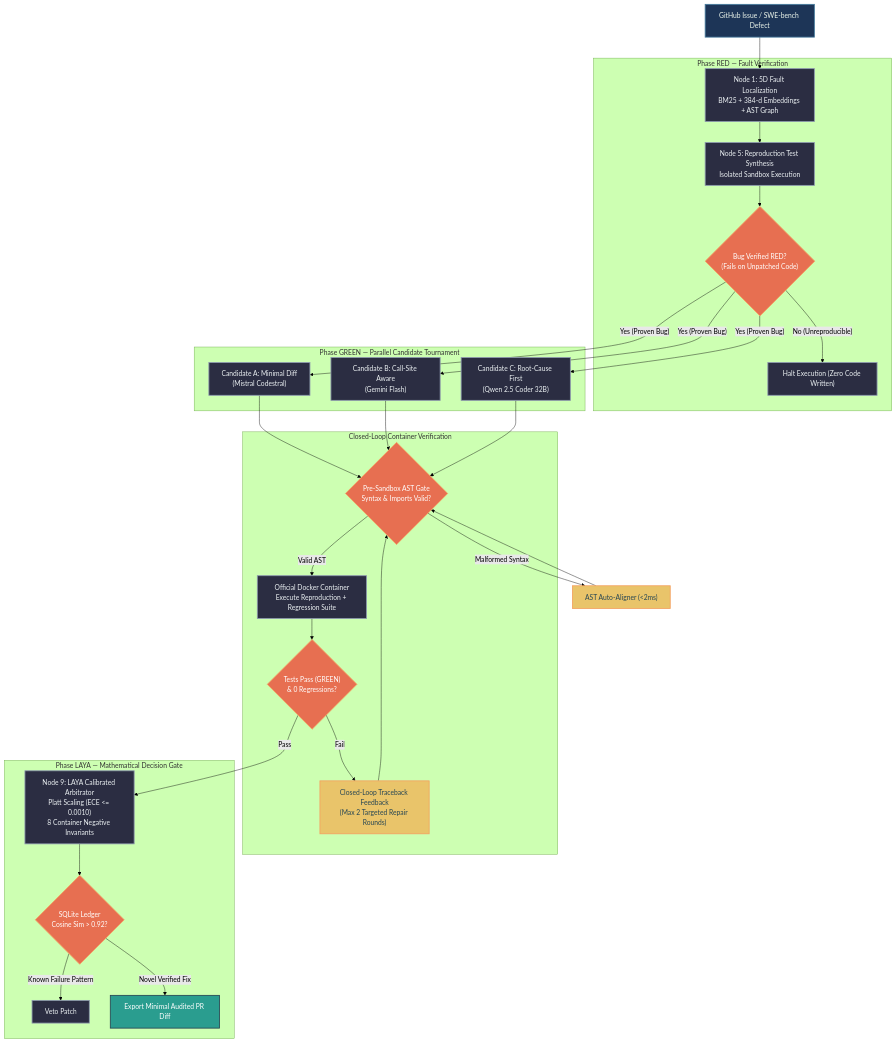
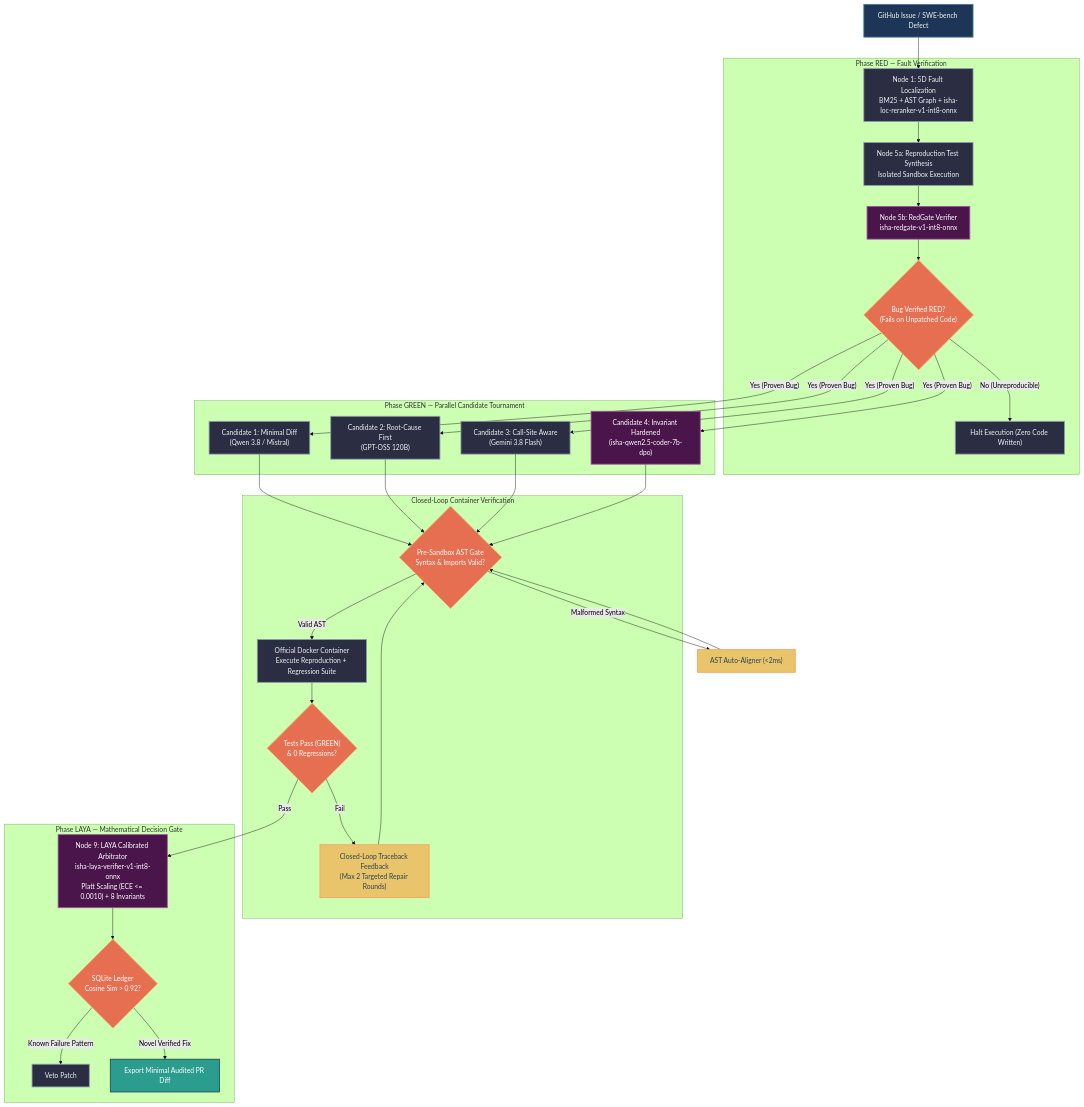
The diagram in README.md (Daseash/ISHA-Iterative-Software-Harness-Arbitrator-), drawn with Mermaid (forest theme) before and after one commit. The commit also changed other lines of this file and 1 other file, not shown here.

Commit message:
docs: update architecture with fine-tuned DPO and ONNX specialist models

````diff
--- a/README.md
+++ b/README.md
@@ -42,46 +43,50 @@
 ```mermaid
 flowchart TD
     classDef input fill:#1d3557,stroke:#457b9d,stroke-width:2px,color:#f1faee;
     classDef node fill:#2b2d42,stroke:#8d99ae,stroke-width:2px,color:#edf2f4;
+    classDef spec fill:#4a154b,stroke:#a4569e,stroke-width:2px,color:#ffffff;
     classDef gate fill:#e76f51,stroke:#f4a261,stroke-width:2px,color:#ffffff;
     classDef pass fill:#2a9d8f,stroke:#264653,stroke-width:2px,color:#ffffff;
     classDef loop fill:#e9c46a,stroke:#f4a261,stroke-width:2px,color:#264653;
 
-    Issue["GitHub Issue / SWE-bench Defect"] --> N1["Node 1: 5D Fault Localization\nBM25 + 384-d Embeddings + AST Graph"]
+    Issue["GitHub Issue / SWE-bench Defect"] --> N1["Node 1: 5D Fault Localization\nBM25 + AST Graph + isha-loc-reranker-v1-int8-onnx"]
     
     subgraph PhaseRed ["Phase RED — Fault Verification"]
-        N1 --> N5["Node 5: Reproduction Test Synthesis\nIsolated Sandbox Execution"]
-        N5 --> RedGate{"Bug Verified RED?\n(Fails on Unpatched Code)"}
+        N1 --> N5["Node 5a: Reproduction Test Synthesis\nIsolated Sandbox Execution"]
+        N5 --> N5b["Node 5b: RedGate Verifier\nisha-redgate-v1-int8-onnx"]
+        N5b --> RedGate{"Bug Verified RED?\n(Fails on Unpatched Code)"}
         RedGate -- "No (Unreproducible)" --> Halt["Halt Execution (Zero Code Written)"]
     end
 
     subgraph Tournament ["Phase GREEN — Parallel Candidate Tournament"]
-        RedGate -- "Yes (Proven Bug)" --> N6A["Candidate A: Minimal Diff\n(Mistral Codestral)"]
-        RedGate -- "Yes (Proven Bug)" --> N6B["Candidate B: Call-Site Aware\n(Gemini Flash)"]
-        RedGate -- "Yes (Proven Bug)" --> N6C["Candidate C: Root-Cause First\n(Qwen 2.5 Coder 32B)"]
+        RedGate -- "Yes (Proven Bug)" --> N6A["Candidate 1: Minimal Diff\n(Qwen 3.8 / Mistral)"]
+        RedGate -- "Yes (Proven Bug)" --> N6B["Candidate 2: Root-Cause First\n(GPT-OSS 120B)"]
+        RedGate -- "Yes (Proven Bug)" --> N6C["Candidate 3: Call-Site Aware\n(Gemini 3.8 Flash)"]
+        RedGate -- "Yes (Proven Bug)" --> N6D["Candidate 4: Invariant Hardened\n(isha-qwen2.5-coder-7b-dpo)"]
     end
 
-    N6A & N6B & N6C --> ASTGate{"Pre-Sandbox AST Gate\nSyntax & Imports Valid?"}
+    N6A & N6B & N6C & N6D --> ASTGate{"Pre-Sandbox AST Gate\nSyntax & Imports Valid?"}
     ASTGate -- "Malformed Syntax" --> RepairAST["AST Auto-Aligner (<2ms)"]
     RepairAST --> ASTGate
 
     subgraph PhaseVerify ["Closed-Loop Container Verification"]
         ASTGate -- "Valid AST" --> Docker["Official Docker Container\nExecute Reproduction + Regression Suite"]
         Docker --> PassTest{"Tests Pass (GREEN)\n& 0 Regressions?"}
         PassTest -- "Fail" --> TracebackLoop["Closed-Loop Traceback Feedback\n(Max 2 Targeted Repair Rounds)"]
         TracebackLoop --> ASTGate
     end
 
     subgraph Arbitration ["Phase LAYA — Mathematical Decision Gate"]
-        PassTest -- "Pass" --> LAYA["Node 9: LAYA Calibrated Arbitrator\nPlatt Scaling (ECE <= 0.0010)\n8 Container Negative Invariants"]
+        PassTest -- "Pass" --> LAYA["Node 9: LAYA Calibrated Arbitrator\nisha-laya-verifier-v1-int8-onnx\nPlatt Scaling (ECE <= 0.0010) + 8 Invariants"]
         LAYA --> VetoLedger{"SQLite Ledger\nCosine Sim > 0.92?"}
         VetoLedger -- "Known Failure Pattern" --> Reject["Veto Patch"]
         VetoLedger -- "Novel Verified Fix" --> Export["Export Minimal Audited PR Diff"]
     end
 
     class Issue input;
-    class N1,N5,N6A,N6B,N6C,Docker,LAYA node;
+    class N1,N5,N6A,N6B,N6C,Docker node;
+    class N5b,N6D,LAYA spec;
     class RedGate,ASTGate,PassTest,VetoLedger gate;
     class Export pass;
     class TracebackLoop,RepairAST loop;
 ```
````
